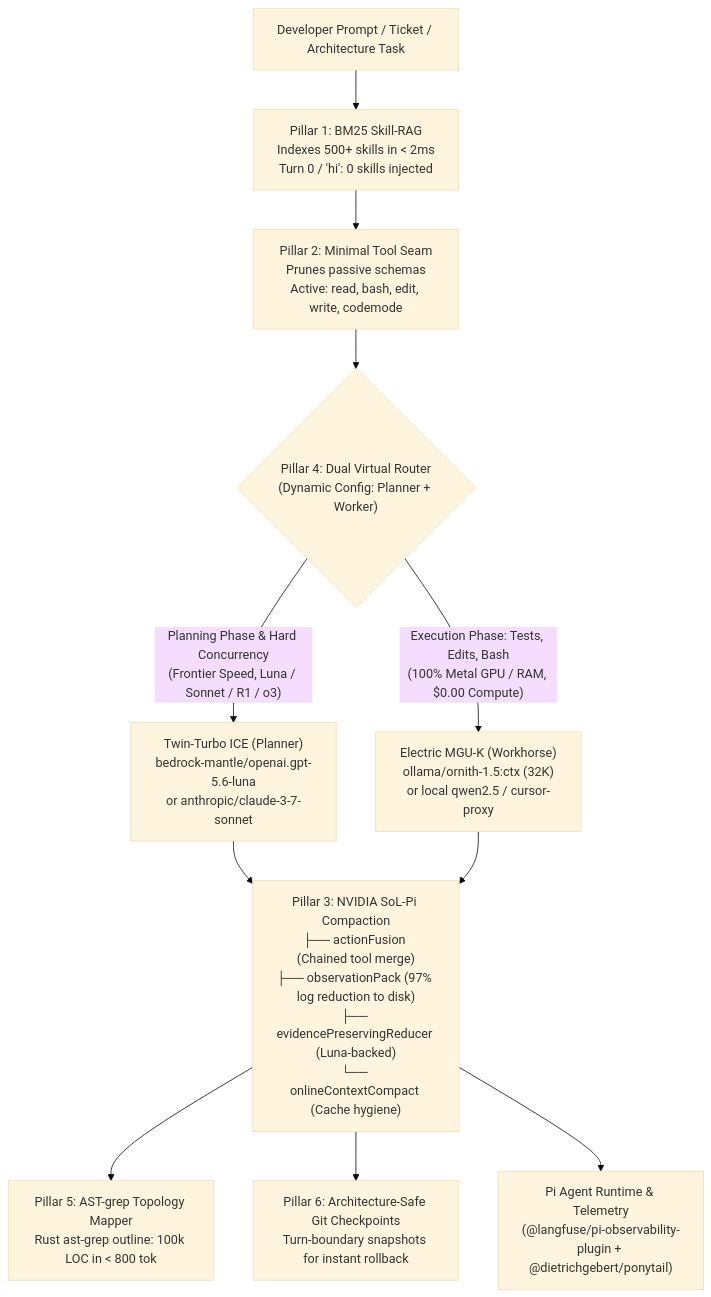
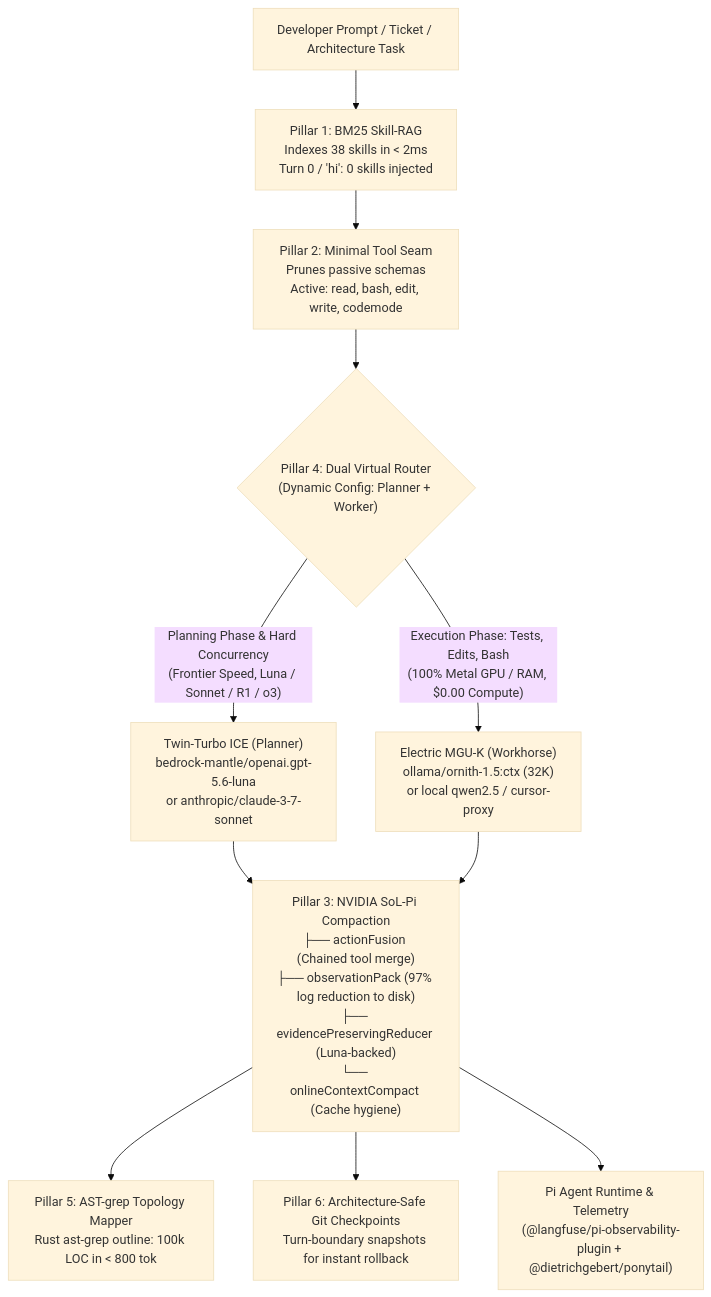
The diagram in docs/ARCHITECTURE.md (devdeepjs/kobayashi-maru), drawn with Mermaid (base theme) before and after one commit. The commit also changed other lines of this file and 9 other files, not shown here.

````diff
--- a/docs/ARCHITECTURE.md
+++ b/docs/ARCHITECTURE.md
@@ -7,22 +7,22 @@
 ```mermaid
 flowchart TD
-    User["Developer Prompt / Ticket / Architecture Task"] --> SRA["Pillar 1: BM25 Skill-RAG<br/>Indexes 500+ skills in < 2ms<br/>Turn 0 / 'hi': 0 skills injected"]
+    User["Developer Prompt / Ticket / Architecture Task"] --> SRA["Pillar 1: BM25 Skill-RAG<br/>Indexes 38 skills in < 2ms<br/>Turn 0 / 'hi': 0 skills injected"]
     
     SRA --> Seam["Pillar 2: Minimal Tool Seam<br/>Prunes passive schemas<br/>Active: read, bash, edit, write, codemode"]
 
     Seam --> Router{"Pillar 4: Dual Virtual Router<br/>(Dynamic Config: Planner + Worker)"}
 
     Router -->|"Planning Phase & Hard Concurrency<br/>(Frontier Speed, Luna / Sonnet / R1 / o3)"| Planner["Twin-Turbo ICE (Planner)<br/>bedrock-mantle/openai.gpt-5.6-luna<br/>or anthropic/claude-3-7-sonnet"]
 
     Router -->|"Execution Phase: Tests, Edits, Bash<br/>(100% Metal GPU / RAM, $0.00 Compute)"| Worker["Electric MGU-K (Workhorse)<br/>ollama/ornith-1.5:ctx (32K)<br/>or local qwen2.5 / cursor-proxy"]
 
     Planner --> Compactor["Pillar 3: NVIDIA SoL-Pi Compaction<br/>├── actionFusion (Chained tool merge)<br/>├── observationPack (97% log reduction to disk)<br/>├── evidencePreservingReducer (Luna-backed)<br/>└── onlineContextCompact (Cache hygiene)"]
 
     Worker --> Compactor
 
     Compactor --> Topology["Pillar 5: AST-grep Topology Mapper<br/>Rust ast-grep outline: 100k LOC in < 800 tok"]
 
     Compactor --> Checkpoint["Pillar 6: Architecture-Safe Git Checkpoints<br/>Turn-boundary snapshots for instant rollback"]
 
     Compactor --> Pi["Pi Agent Runtime & Telemetry<br/>(@langfuse/pi-observability-plugin + @dietrichgebert/ponytail)"]
 ```
````
